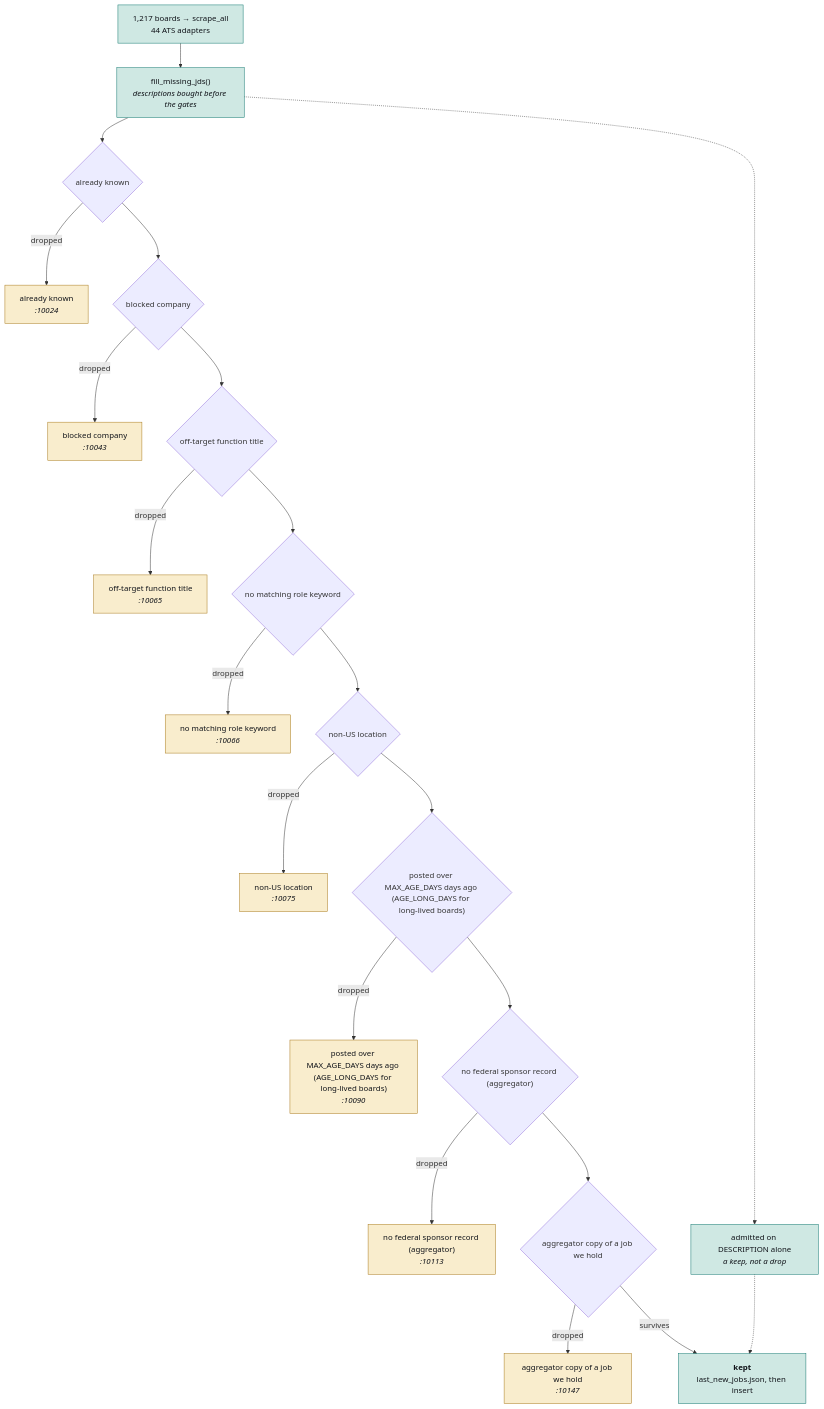
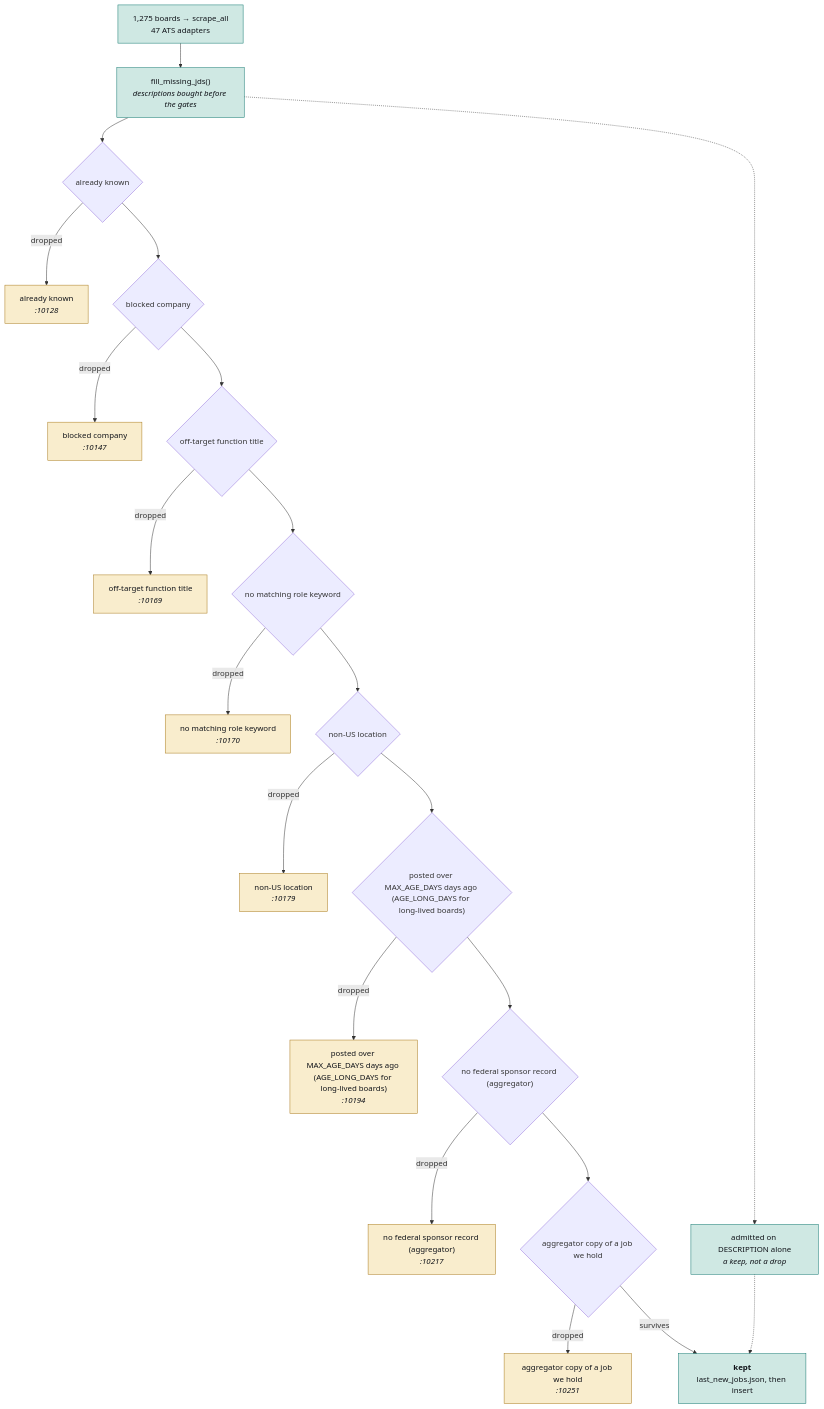
The second of 4 diagrams in JobMatch Scraper/docs/ARCHITECTURE.md (hadakunal909-debug/job-search-tool), drawn with Mermaid before and after one commit. The commit also changed other lines of this file and 18 other files, not shown here.

Commit message:
Recover 58 employer boards with ADP Paycom and TriNet adapters

````diff
--- a/JobMatch Scraper/docs/ARCHITECTURE.md
+++ b/JobMatch Scraper/docs/ARCHITECTURE.md
@@ -127,54 +127,54 @@
 ```mermaid
 flowchart TB
-  SRC["1,217 boards → scrape_all<br/>44 ATS adapters"]
+  SRC["1,275 boards → scrape_all<br/>47 ATS adapters"]
   JD["fill_missing_jds()<br/><i>descriptions bought before the gates</i>"]
   SRC --> JD
   G0{"already known"}
-  D0["already known<br/><i>:10024</i>"]
+  D0["already known<br/><i>:10128</i>"]
   JD --> G0
   G0 -->|dropped| D0
   class D0 trap
   G1{"blocked company"}
-  D1["blocked company<br/><i>:10043</i>"]
+  D1["blocked company<br/><i>:10147</i>"]
   G0 --> G1
   G1 -->|dropped| D1
   class D1 trap
   G2{"off-target function title"}
-  D2["off-target function title<br/><i>:10065</i>"]
+  D2["off-target function title<br/><i>:10169</i>"]
   G1 --> G2
   G2 -->|dropped| D2
   class D2 trap
   G3{"no matching role keyword"}
-  D3["no matching role keyword<br/><i>:10066</i>"]
+  D3["no matching role keyword<br/><i>:10170</i>"]
   G2 --> G3
   G3 -->|dropped| D3
   class D3 trap
   G4{"non-US location"}
-  D4["non-US location<br/><i>:10075</i>"]
+  D4["non-US location<br/><i>:10179</i>"]
   G3 --> G4
   G4 -->|dropped| D4
   class D4 trap
   G5{"posted over MAX_AGE_DAYS days ago (AGE_LONG_DAYS for long-lived boards)"}
-  D5["posted over MAX_AGE_DAYS days ago (AGE_LONG_DAYS for long-lived boards)<br/><i>:10090</i>"]
+  D5["posted over MAX_AGE_DAYS days ago (AGE_LONG_DAYS for long-lived boards)<br/><i>:10194</i>"]
   G4 --> G5
   G5 -->|dropped| D5
   class D5 trap
   G6{"no federal sponsor record (aggregator)"}
-  D6["no federal sponsor record (aggregator)<br/><i>:10113</i>"]
+  D6["no federal sponsor record (aggregator)<br/><i>:10217</i>"]
   G5 --> G6
   G6 -->|dropped| D6
   class D6 trap
   G7{"aggregator copy of a job we hold"}
-  D7["aggregator copy of a job we hold<br/><i>:10147</i>"]
+  D7["aggregator copy of a job we hold<br/><i>:10251</i>"]
   G6 --> G7
   G7 -->|dropped| D7
   class D7 trap
   KEEP["<b>kept</b><br/>last_new_jobs.json, then insert"]
   G7 -->|survives| KEEP
   RESCUE["admitted on DESCRIPTION alone<br/><i>a keep, not a drop</i>"]
   JD -.-> RESCUE
   RESCUE -.-> KEEP
   classDef trap fill:#f9edcd,stroke:#a8781a,color:#101319
   classDef sched fill:#cfe8e3,stroke:#0f766e,color:#101319
   class SRC,JD,KEEP,RESCUE sched
 ```
````
